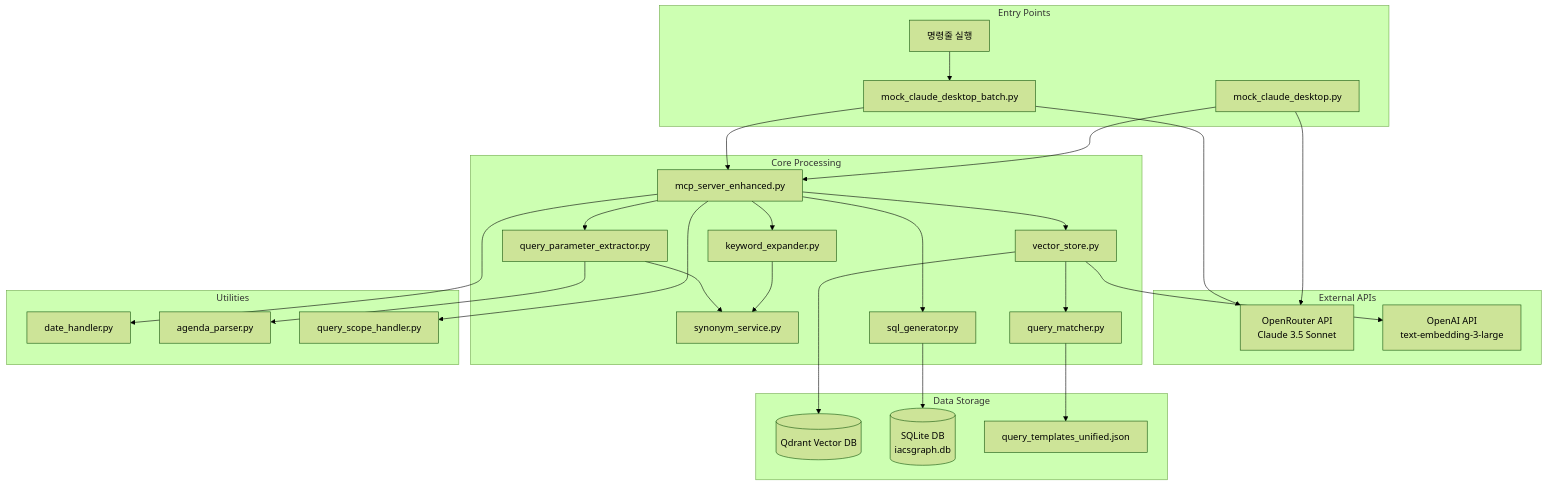
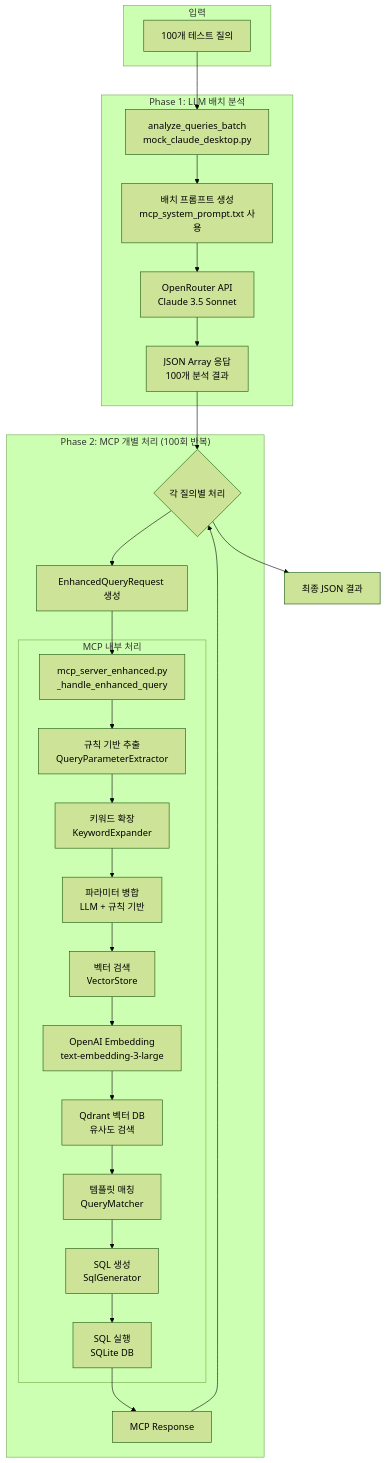
One commit to kimghw/MailQueryWithMCP changed the first of 3 diagrams in docs/mock_claude_detailed_dataflow_analysis.md. Above: the diagram before and after it, drawn with Mermaid (forest theme). The commit also changed other lines of this file and 8 other files, not shown here.

First line of the commit message:
Clean up project: Remove unnecessary files and update query templates

````diff
--- a/docs/mock_claude_detailed_dataflow_analysis.md
+++ b/docs/mock_claude_detailed_dataflow_analysis.md
@@ -17,59 +17,36 @@
 ```mermaid
-graph TB
-    subgraph "Entry Points"
-        CMD[명령줄 실행]
-        BATCH[mock_claude_desktop_batch.py]
-        SINGLE[mock_claude_desktop.py]
+flowchart TB
+    subgraph "입력"
+        Input[100개 테스트 질의]
     end
     
-    subgraph "External APIs"
-        OPENROUTER[OpenRouter API<br/>Claude 3.5 Sonnet]
-        OPENAI[OpenAI API<br/>text-embedding-3-large]
+    subgraph "Phase 1: LLM 배치 분석"
+        Input --> BatchLLM[analyze_queries_batch<br/>mock_claude_desktop.py]
+        BatchLLM --> LLMReq[배치 프롬프트 생성<br/>mcp_system_prompt.txt 사용]
+        LLMReq --> OpenRouter[OpenRouter API<br/>Claude 3.5 Sonnet]
+        OpenRouter --> LLMResp[JSON Array 응답<br/>100개 분석 결과]
     end
     
-    subgraph "Core Processing"
-        MCP[mcp_server_enhanced.py]
-        QPE[query_parameter_extractor.py]
-        KE[keyword_expander.py]
-        SS[synonym_service.py]
-        VS[vector_store.py]
-        QM[query_matcher.py]
-        SG[sql_generator.py]
+    subgraph "Phase 2: MCP 개별 처리 (100회 반복)"
+        LLMResp --> Loop{각 질의별 처리}
+        Loop --> Request[EnhancedQueryRequest 생성]
+        Request --> MCP[mcp_server_enhanced.py<br/>_handle_enhanced_query]
+        
+        subgraph "MCP 내부 처리"
+            MCP --> Extract[규칙 기반 추출<br/>QueryParameterExtractor]
+            Extract --> Expand[키워드 확장<br/>KeywordExpander]
+            Expand --> Merge[파라미터 병합<br/>LLM + 규칙 기반]
+            Merge --> Vector[벡터 검색<br/>VectorStore]
+            Vector --> Embed[OpenAI Embedding<br/>text-embedding-3-large]
+            Embed --> Qdrant[Qdrant 벡터 DB<br/>유사도 검색]
+            Qdrant --> Match[템플릿 매칭<br/>QueryMatcher]
+            Match --> SQL[SQL 생성<br/>SqlGenerator]
+            SQL --> Execute[SQL 실행<br/>SQLite DB]
+        end
+        
+        Execute --> Response[MCP Response]
+        Response --> Loop
     end
     
-    subgraph "Data Storage"
-        QDRANT[(Qdrant Vector DB)]
-        SQLITE[(SQLite DB<br/>iacsgraph.db)]
-        TEMPLATES[query_templates_unified.json]
-    end
-    
-    subgraph "Utilities"
-        DH[date_handler.py]
-        AP[agenda_parser.py]
-        QSH[query_scope_handler.py]
-    end
-    
-    CMD --> BATCH
-    BATCH --> OPENROUTER
-    BATCH --> MCP
-    SINGLE --> OPENROUTER
-    SINGLE --> MCP
-    
-    MCP --> QPE
-    MCP --> KE
-    QPE --> SS
-    QPE --> AP
-    KE --> SS
-    
-    MCP --> VS
-    VS --> OPENAI
-    VS --> QDRANT
-    VS --> QM
-    QM --> TEMPLATES
-    
-    MCP --> SG
-    SG --> SQLITE
-    
-    MCP --> DH
-    MCP --> QSH
+    Loop --> Output[최종 JSON 결과]
 ```
````
